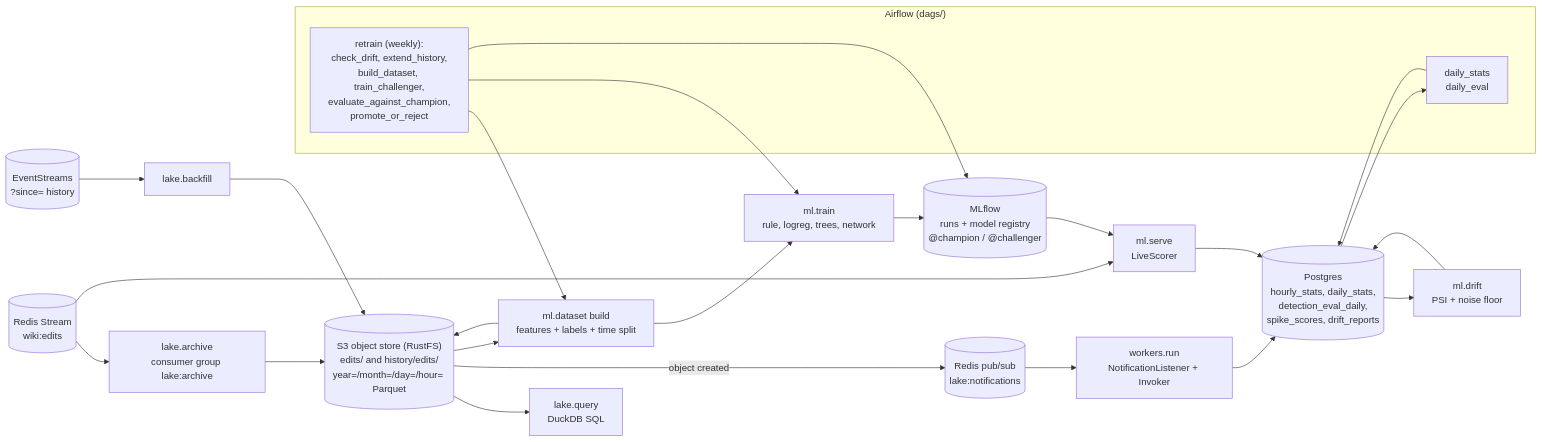
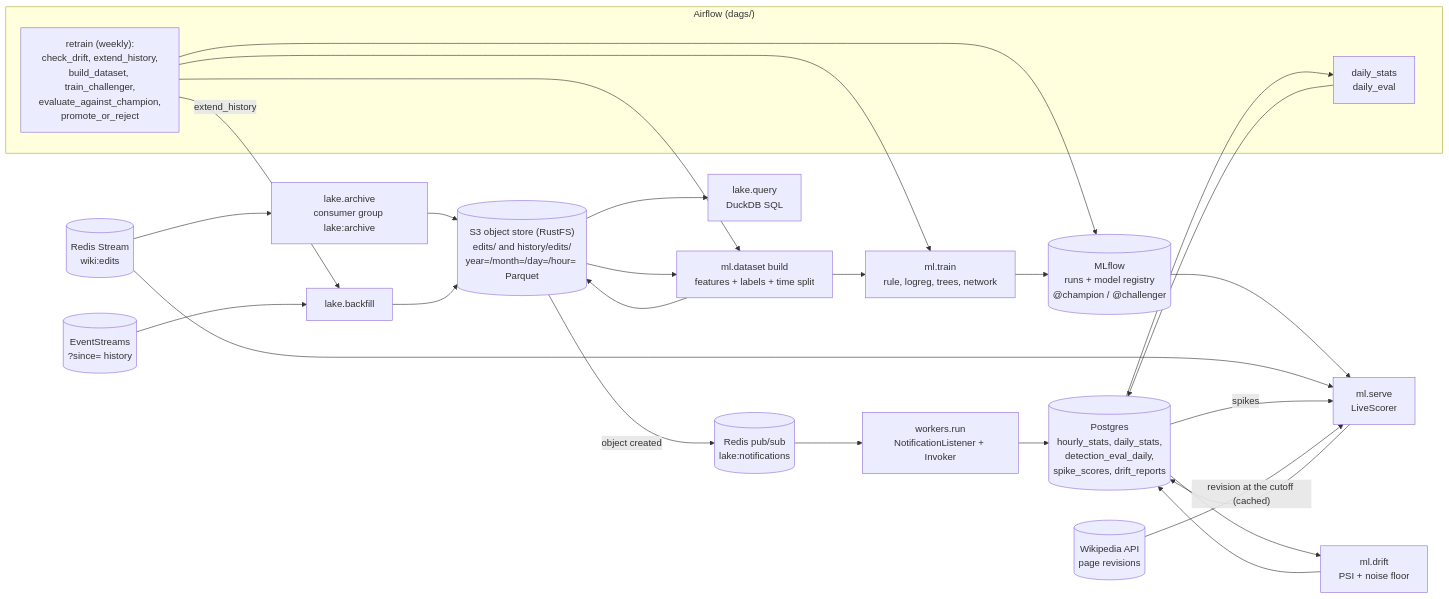
Before and after one commit to IoakeimKyrgiafinis/wikipulse: the second of 4 diagrams in docs/architecture.md, drawn with Mermaid. The commit also changed other lines of this file and 3 other files, not shown here.

First line of the commit message:
Docs: claim only replay determinism, say where each number lives, fill diagram gaps

````diff
--- a/docs/architecture.md
+++ b/docs/architecture.md
@@ -106,40 +109,44 @@
 ```mermaid
 flowchart LR
     STREAM[("Redis Stream<br/>wiki:edits")]
     WM[("EventStreams<br/>?since= history")]
+    WAPI[("Wikipedia API<br/>page revisions")]
 
     ARCHIVE["lake.archive<br/>consumer group lake:archive"]
     BACKFILL["lake.backfill"]
     S3[("S3 object store (RustFS)<br/>edits/ and history/edits/<br/>year=/month=/day=/hour= Parquet")]
     QUERY["lake.query<br/>DuckDB SQL"]
 
     NOTIFY[("Redis pub/sub<br/>lake:notifications")]
     WORKER["workers.run<br/>NotificationListener + Invoker"]
 
     subgraph airflow ["Airflow (dags/)"]
         DAILY["daily_stats<br/>daily_eval"]
         RETRAIN["retrain (weekly):<br/>check_drift, extend_history,<br/>build_dataset, train_challenger,<br/>evaluate_against_champion,<br/>promote_or_reject"]
     end
 
     PG[("Postgres<br/>hourly_stats, daily_stats,<br/>detection_eval_daily,<br/>spike_scores, drift_reports")]
 
     DATASET["ml.dataset build<br/>features + labels + time split"]
     TRAIN["ml.train<br/>rule, logreg, trees, network"]
     MLFLOW[("MLflow<br/>runs + model registry<br/>@champion / @challenger")]
     SERVE["ml.serve<br/>LiveScorer"]
     DRIFT["ml.drift<br/>PSI + noise floor"]
 
     STREAM --> ARCHIVE --> S3
     WM --> BACKFILL --> S3
     S3 --> QUERY
     S3 -->|"object created"| NOTIFY --> WORKER --> PG
     PG --> DAILY --> PG
     S3 --> DATASET --> S3
     DATASET --> TRAIN --> MLFLOW
     MLFLOW --> SERVE
     STREAM --> SERVE --> PG
+    PG -->|"spikes"| SERVE
+    WAPI -->|"revision at the cutoff (cached)"| SERVE
+    RETRAIN -->|"extend_history"| BACKFILL
     PG --> DRIFT --> PG
     RETRAIN --> DATASET
     RETRAIN --> TRAIN
     RETRAIN --> MLFLOW
 ```
````
